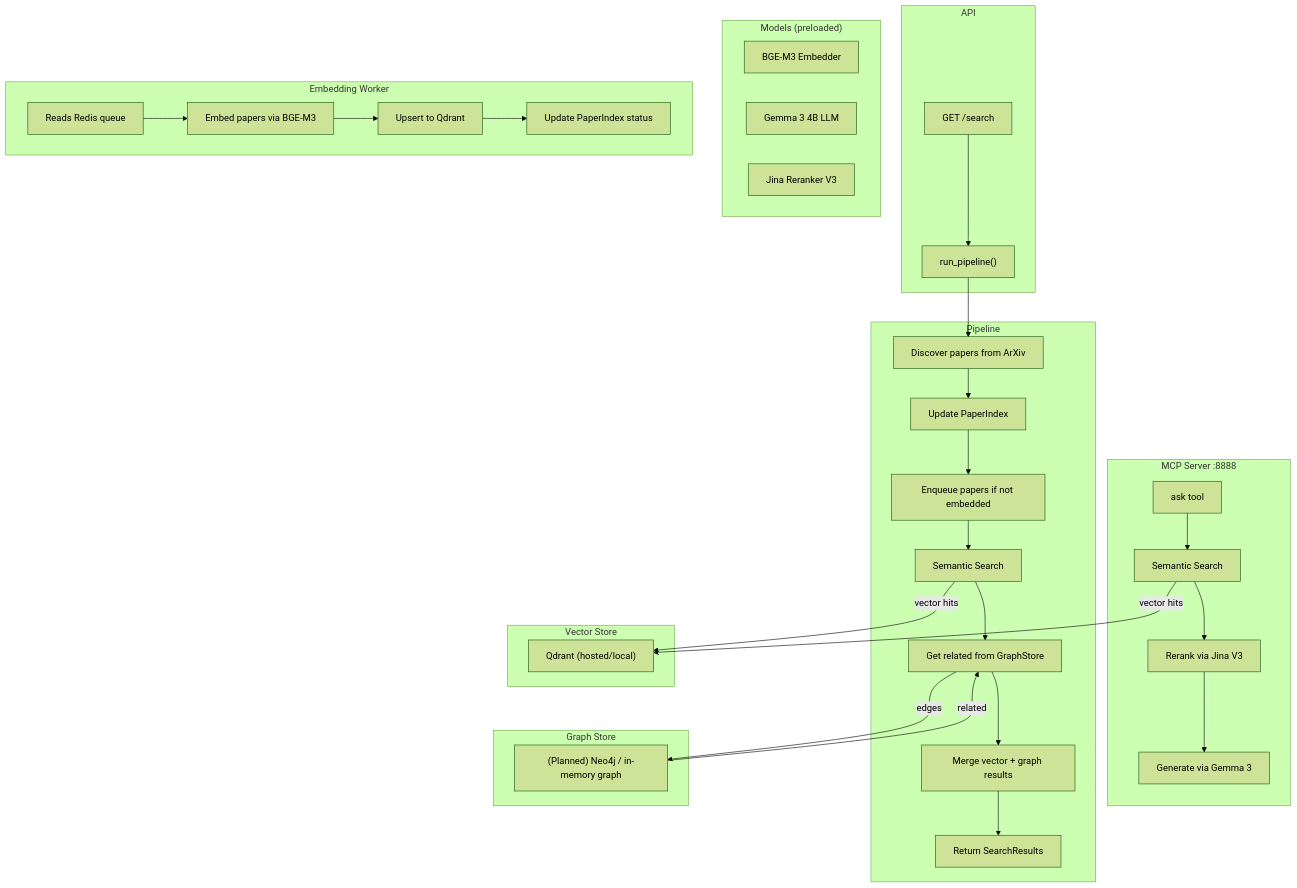
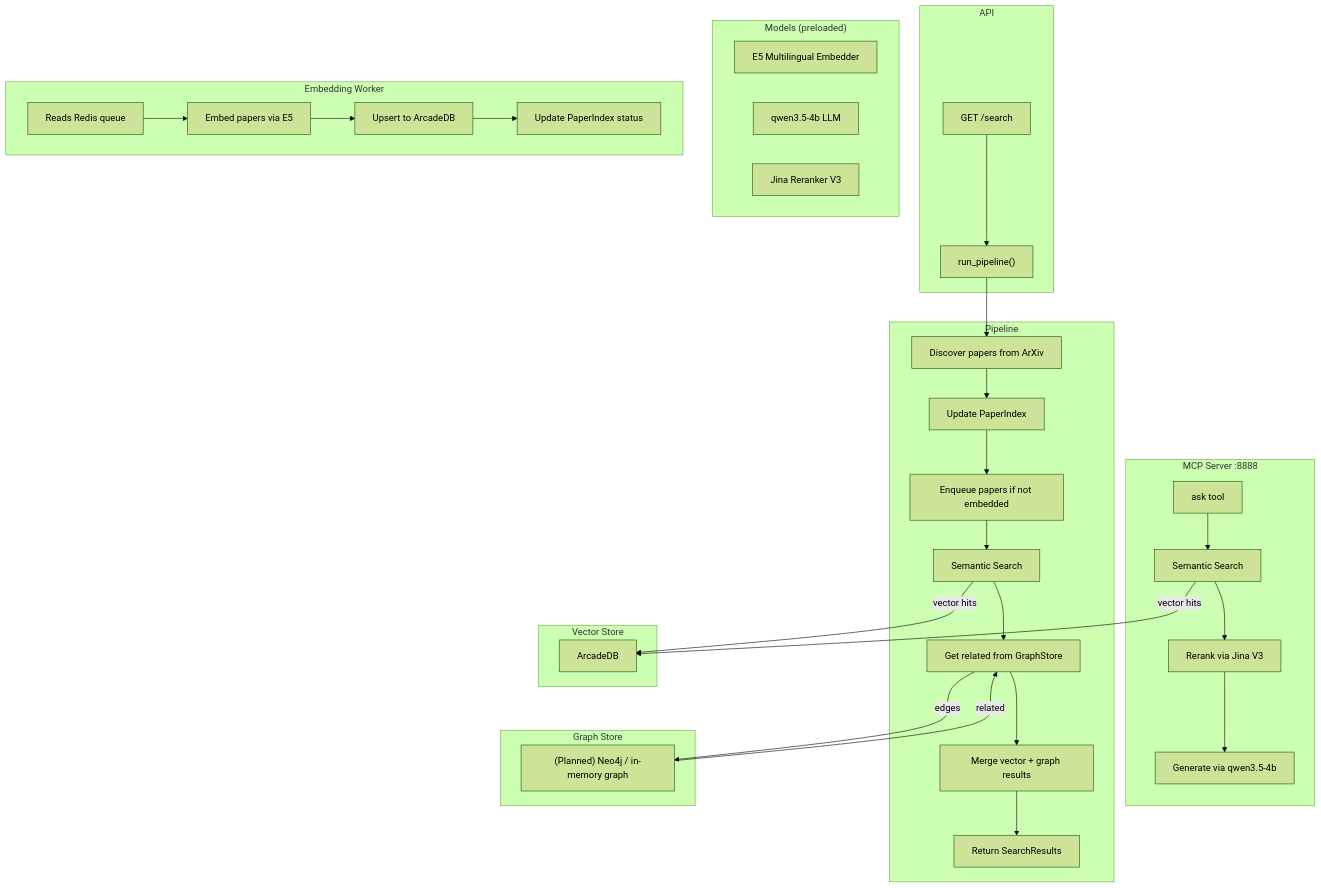
Before and after one commit to mikelysov/litgraph: the diagram in README.md, drawn with Mermaid (forest theme). The commit also changed other lines of this file and 43 other files, not shown here.

First line of the commit message:
feat: PDF ingest via URL/upload, ArcadeDB, external LLM

````diff
--- a/README.md
+++ b/README.md
@@ -94,48 +91,48 @@
 ```mermaid
 flowchart TD
     subgraph API
         A1[GET /search] --> P["run_pipeline()"]
     end
 
     subgraph MCP["MCP Server :8888"]
         M1[ask tool] --> S[Semantic Search]
         S --> R[Rerank via Jina V3]
-        R --> L[Generate via Gemma 3]
+        R --> L[Generate via qwen3.5-4b]
     end
 
     subgraph Pipeline
         P --> F[Discover papers from ArXiv]
         F --> I[Update PaperIndex]
         I --> Q[Enqueue papers if not embedded]
         Q --> S2[Semantic Search]
         S2 --> G[Get related from GraphStore]
         G --> M[Merge vector + graph results]
         M --> R2[Return SearchResults]
     end
 
     subgraph Models["Models (preloaded)"]
-        E1[BGE-M3 Embedder]
-        E2[Gemma 3 4B LLM]
+        E1[E5 Multilingual Embedder]
+        E2[qwen3.5-4b LLM]
         E3[Jina Reranker V3]
     end
 
     subgraph Vector Store
-        V1["Qdrant (hosted/local)"]
+        V1["ArcadeDB"]
     end
 
     subgraph Embedding Worker
         W1["Reads Redis queue"]
-        W1 --> EB[Embed papers via BGE-M3]
-        EB --> V[Upsert to Qdrant]
+        W1 --> EB[Embed papers via E5]
+        EB --> V[Upsert to ArcadeDB]
         V --> U[Update PaperIndex status]
     end
 
     subgraph Graph Store
         G1["(Planned) Neo4j / in-memory graph"]
     end
 
     S -->|vector hits| V1
     S2 -->|vector hits| V1
     G -->|edges| G1
     G1 -->|related| G
 ```
````
